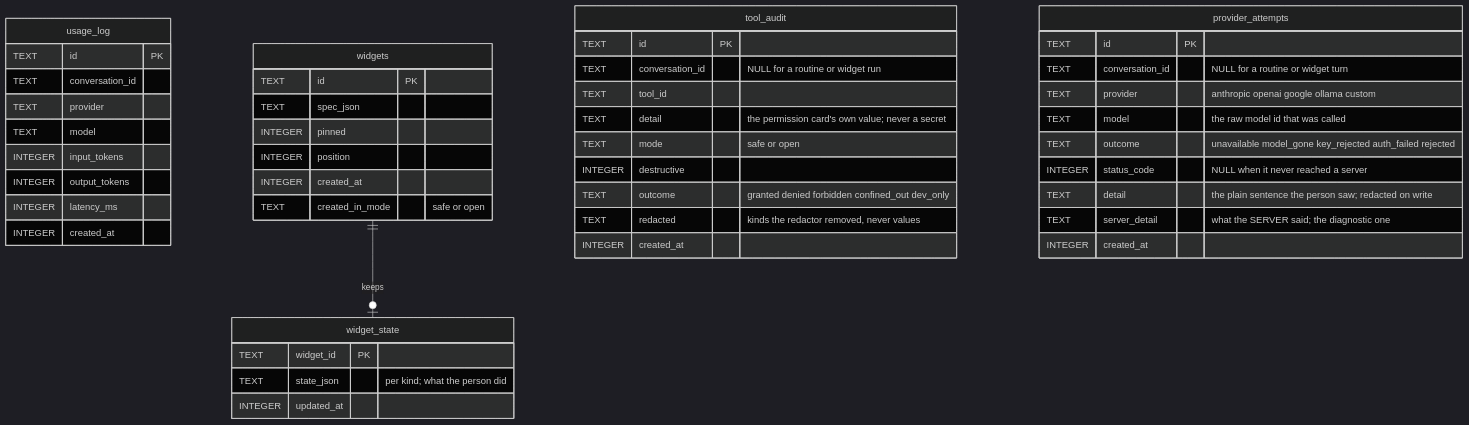
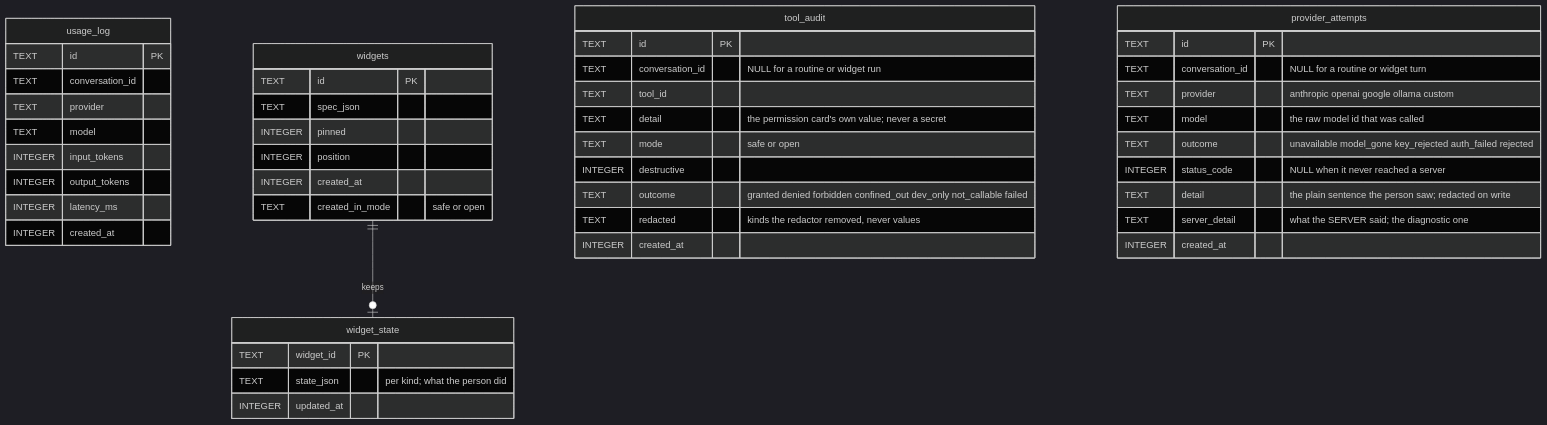
The third of 3 diagrams in docs/data-model.md (N041M/Addison), drawn with Mermaid (dark theme) before and after one commit. The commit also changed other lines of this file and 58 other files, not shown here.

````diff
--- a/docs/data-model.md
+++ b/docs/data-model.md
@@ -480,49 +493,49 @@
 ```mermaid
 erDiagram
     usage_log {
         TEXT id PK
         TEXT conversation_id
         TEXT provider
         TEXT model
         INTEGER input_tokens
         INTEGER output_tokens
         INTEGER latency_ms
         INTEGER created_at
     }
     widgets {
         TEXT id PK
         TEXT spec_json
         INTEGER pinned
         INTEGER position
         INTEGER created_at
         TEXT created_in_mode "safe or open"
     }
     widget_state {
         TEXT widget_id PK
         TEXT state_json "per kind; what the person did"
         INTEGER updated_at
     }
     widgets ||--o| widget_state : keeps
     tool_audit {
         TEXT id PK
         TEXT conversation_id "NULL for a routine or widget run"
         TEXT tool_id
         TEXT detail "the permission card's own value; never a secret"
         TEXT mode "safe or open"
         INTEGER destructive
-        TEXT outcome "granted denied forbidden confined_out dev_only"
+        TEXT outcome "granted denied forbidden confined_out dev_only not_callable failed"
         TEXT redacted "kinds the redactor removed, never values"
         INTEGER created_at
     }
     provider_attempts {
         TEXT id PK
         TEXT conversation_id "NULL for a routine or widget turn"
         TEXT provider "anthropic openai google ollama custom"
         TEXT model "the raw model id that was called"
         TEXT outcome "unavailable model_gone key_rejected auth_failed rejected"
         INTEGER status_code "NULL when it never reached a server"
         TEXT detail "the plain sentence the person saw; redacted on write"
         TEXT server_detail "what the SERVER said; the diagnostic one"
         INTEGER created_at
     }
 ```
````
